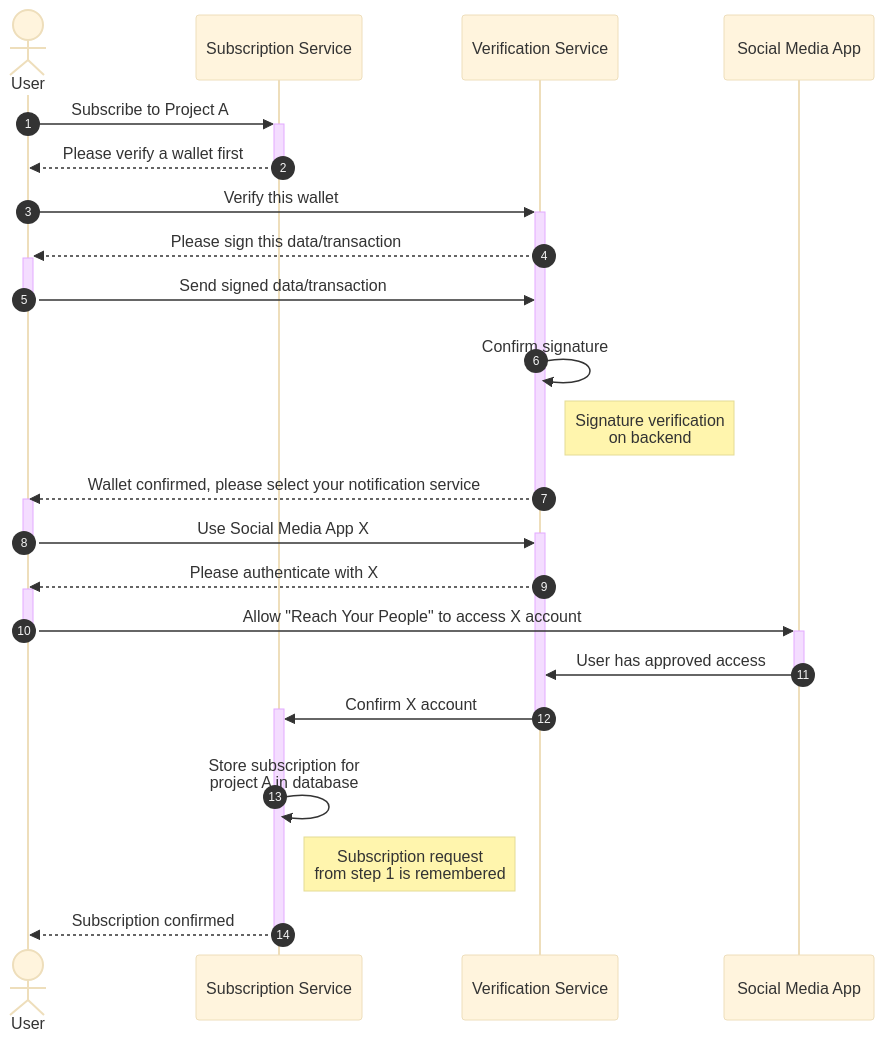
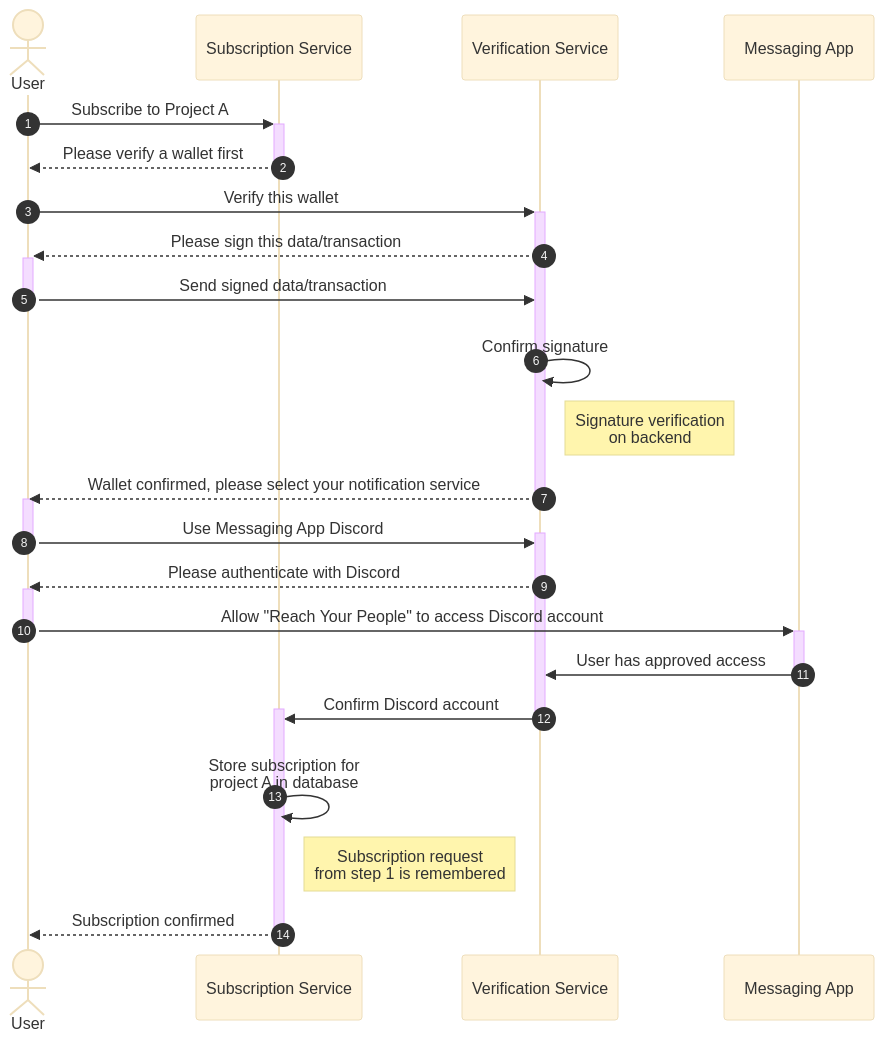
One commit to nilscodes/reach-your-people changed the diagram in docs/diagrams/user-subscription-sequence.md. Above: the diagram before and after it, drawn with Mermaid (base theme). The commit also changed other lines of this file and 1 other file, not shown here.

Commit message:
RYP-4 Updated subscription sequence  diagram and export sample diagram to match first integration

````diff
--- a/docs/diagrams/user-subscription-sequence.md
+++ b/docs/diagrams/user-subscription-sequence.md
@@ -13,29 +13,29 @@
 ```mermaid
 sequenceDiagram
     autonumber
     actor U as User
     participant S as Subscription Service
     participant V as Verification Service
-    participant X as Social Media App
+    participant X as Messaging App
     U ->> +S: Subscribe to Project A
     S -->> -U: Please verify a wallet first
     U ->> +V: Verify this wallet
     V -->> +U: Please sign this data/transaction
     U ->> -V: Send signed data/transaction
     V ->> V: <br>Confirm signature
     Note right of V: Signature verification<br>on backend
     V -->> -U: Wallet confirmed, please select your notification service
     activate U
-    U ->> +V: Use Social Media App X
+    U ->> +V: Use Messaging App Discord
     deactivate U
-    V -->> U: Please authenticate with X
+    V -->> U: Please authenticate with Discord
     activate U
-    U ->> +X: Allow "Reach Your People" to access X account
+    U ->> +X: Allow "Reach Your People" to access Discord account
     deactivate U
     X ->> -V: User has approved access
-    V ->> +S: Confirm X account
+    V ->> +S: Confirm Discord account
     deactivate V
     S ->> S: <br>Store subscription for<br>project A in database
     Note right of S: Subscription request<br>from step 1 is remembered
     S -->> -U: Subscription confirmed
 ```
````
